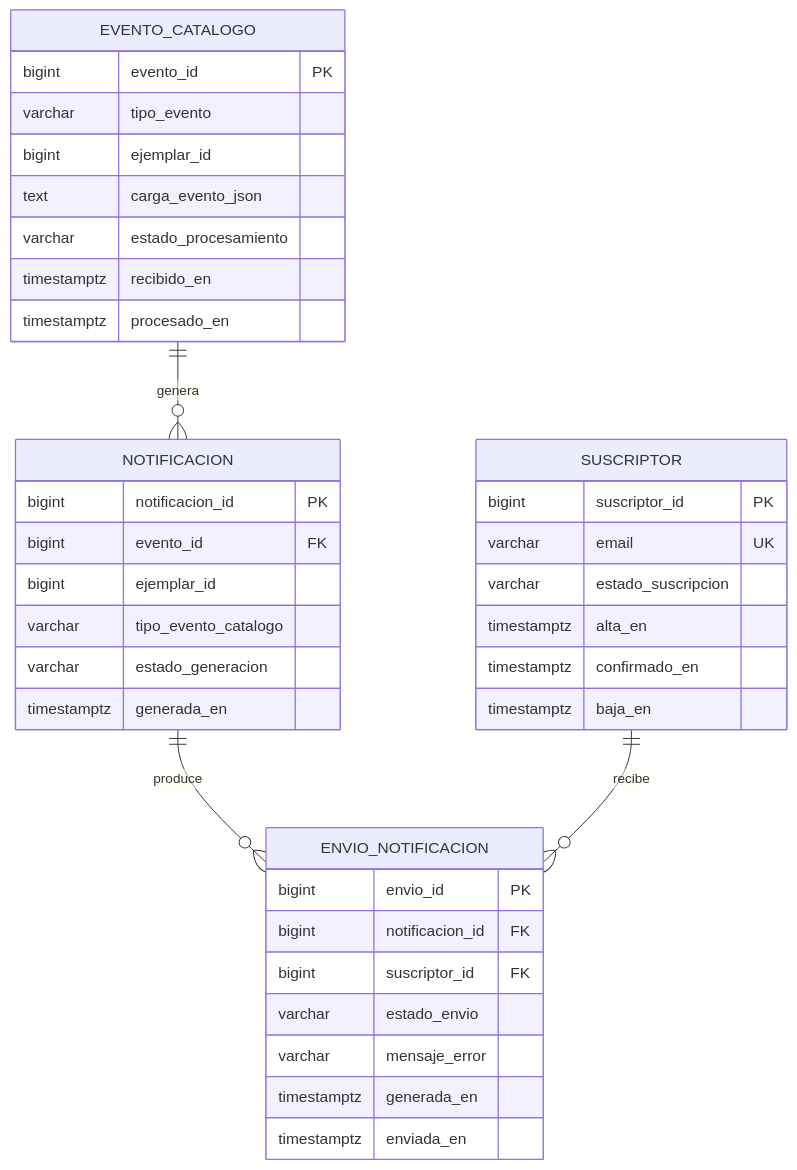
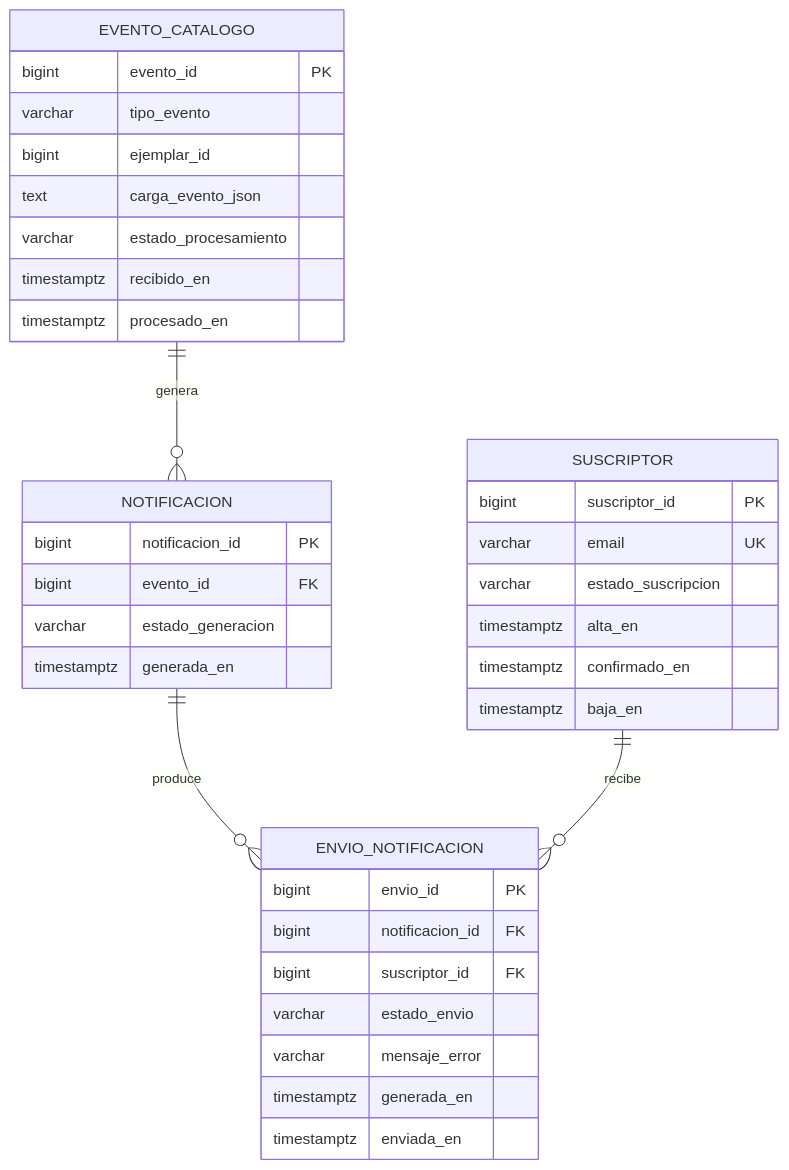
Diagram 18 of 19 in readme.md (ldefrutos1/AI4Devs-finalproject), drawn with Mermaid before and after one commit. The commit also changed other lines of this file and 1 other file, not shown here.

````diff
--- a/readme.md
+++ b/readme.md
@@ -1247,41 +1248,39 @@
 ```mermaid
 erDiagram
     %% UK email normalizado uq_suscriptor_email_normalizado lower(trim(email))
     SUSCRIPTOR {
         bigint suscriptor_id PK
         varchar email UK
         varchar estado_suscripcion
         timestamptz alta_en
         timestamptz confirmado_en
         timestamptz baja_en
     }
     EVENTO_CATALOGO {
         bigint evento_id PK
         varchar tipo_evento
         bigint ejemplar_id
         text carga_evento_json
         varchar estado_procesamiento
         timestamptz recibido_en
         timestamptz procesado_en
     }
     NOTIFICACION {
         bigint notificacion_id PK
         bigint evento_id FK
-        bigint ejemplar_id
-        varchar tipo_evento_catalogo
         varchar estado_generacion
         timestamptz generada_en
     }
     ENVIO_NOTIFICACION {
         bigint envio_id PK
         bigint notificacion_id FK
         bigint suscriptor_id FK
         varchar estado_envio
         varchar mensaje_error
         timestamptz generada_en
         timestamptz enviada_en
     }
     EVENTO_CATALOGO ||--o{ NOTIFICACION : genera
     NOTIFICACION ||--o{ ENVIO_NOTIFICACION : produce
     SUSCRIPTOR ||--o{ ENVIO_NOTIFICACION : recibe
 ```
````
